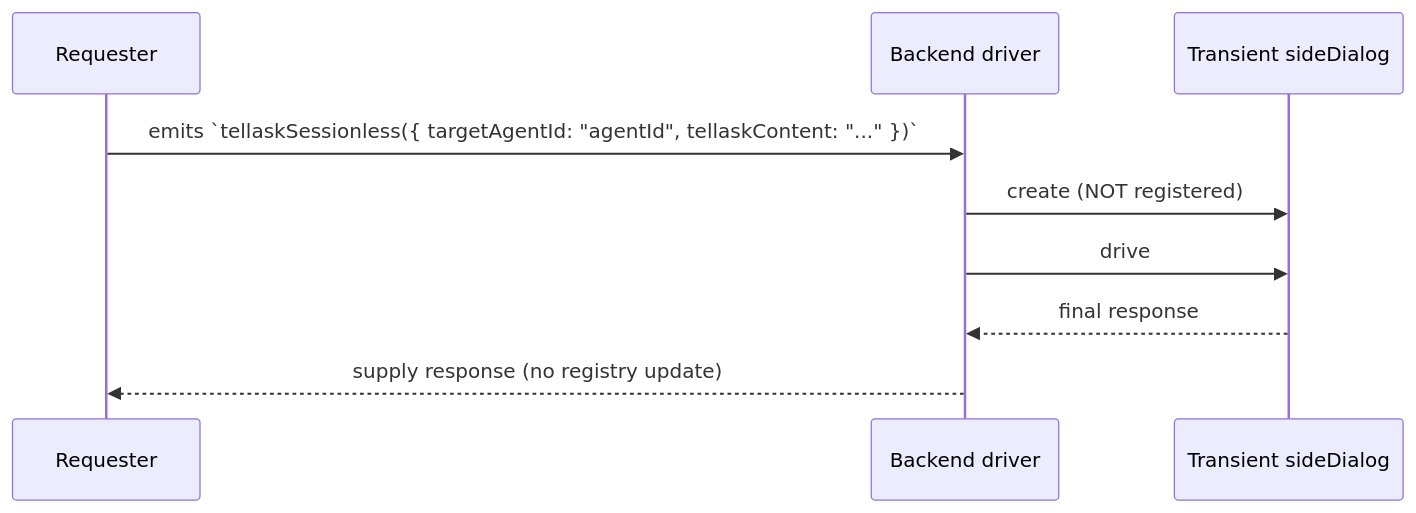
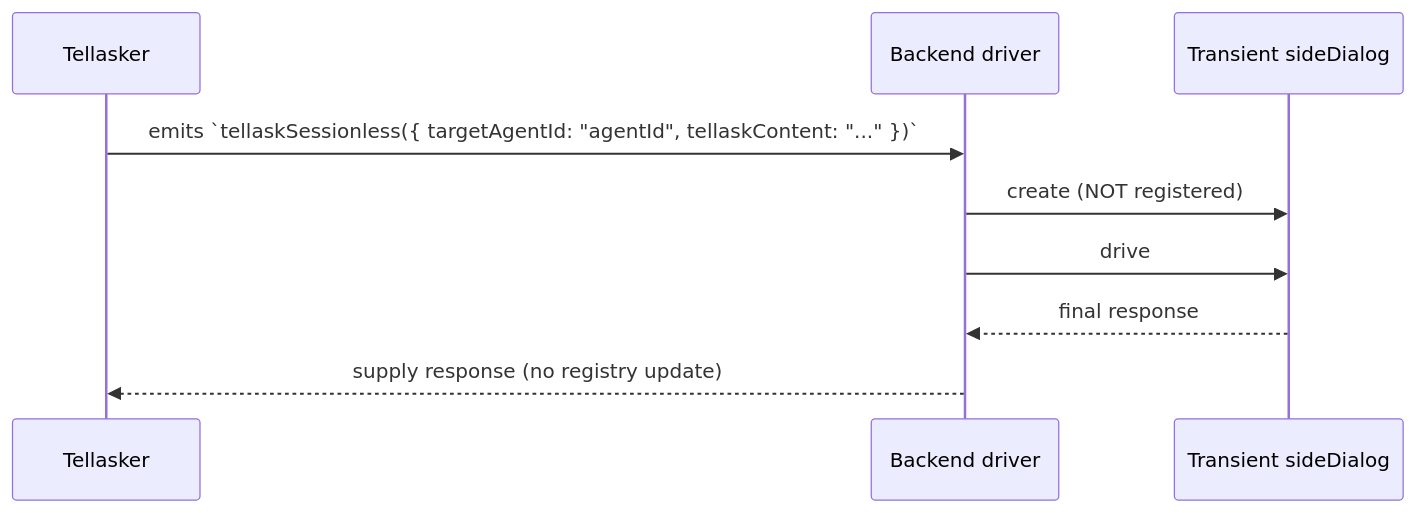
Diagram 13 of 18 in docs/dialog-system.md (longrun-ai/dominds), drawn with Mermaid before and after one commit. The commit also changed other lines of this file and 66 other files, not shown here.

````diff
--- a/docs/dialog-system.md
+++ b/docs/dialog-system.md
@@ -1302,12 +1302,12 @@
 ```mermaid
 sequenceDiagram
-  participant Requester as Requester
+  participant Tellasker as Tellasker
   participant Driver as Backend driver
   participant Side as Transient sideDialog
 
-  Requester->>Driver: emits `tellaskSessionless({ targetAgentId: "agentId", tellaskContent: "..." })`
+  Tellasker->>Driver: emits `tellaskSessionless({ targetAgentId: "agentId", tellaskContent: "..." })`
   Driver->>Side: create (NOT registered)
   Driver->>Side: drive
   Side-->>Driver: final response
-  Driver-->>Requester: supply response (no registry update)
+  Driver-->>Tellasker: supply response (no registry update)
 ```
````
